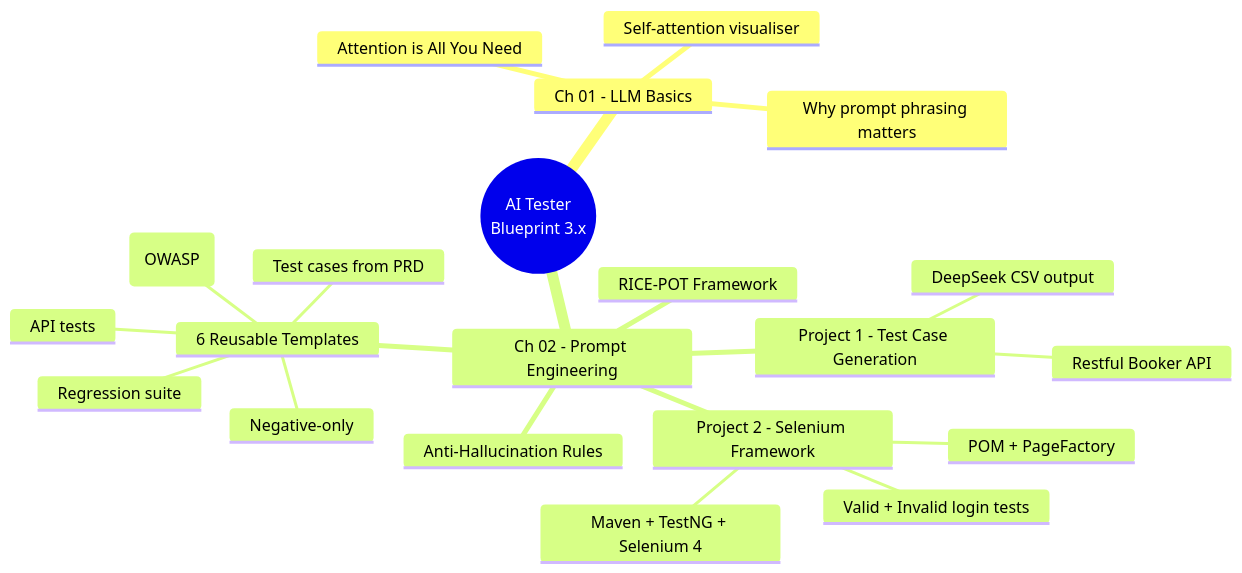
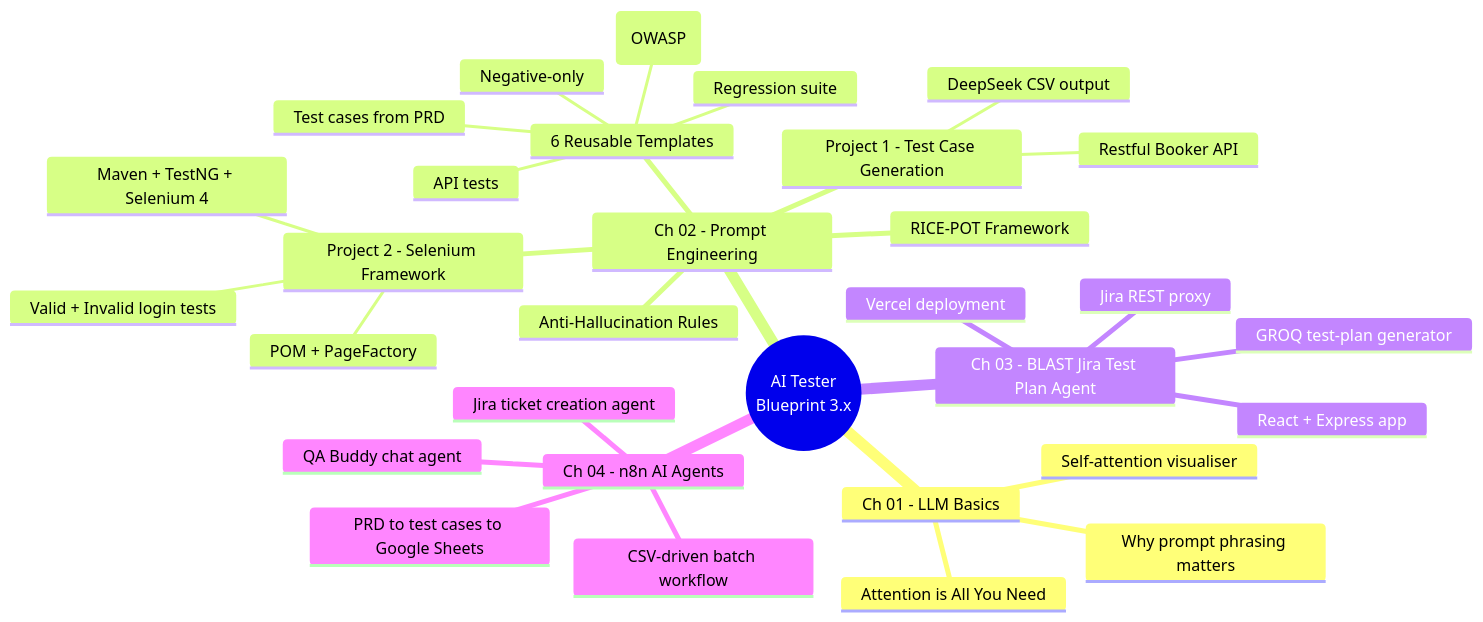
Before and after one commit to Gurpreet-it/AI-Test: the first of 4 diagrams in README.md, drawn with Mermaid. The commit also changed other lines of this file and 5 other files, not shown here.

````diff
--- a/README.md
+++ b/README.md
@@ -14,24 +14,34 @@
 ```mermaid
 mindmap
   root((AI Tester<br/>Blueprint 3.x))
     Ch 01 - LLM Basics
       Attention is All You Need
       Self-attention visualiser
       Why prompt phrasing matters
     Ch 02 - Prompt Engineering
       Anti-Hallucination Rules
       RICE-POT Framework
       Project 1 - Test Case Generation
         Restful Booker API
         DeepSeek CSV output
       Project 2 - Selenium Framework
         Maven + TestNG + Selenium 4
         POM + PageFactory
         Valid + Invalid login tests
       6 Reusable Templates
         Test cases from PRD
         API tests
         Negative-only
         Security (OWASP)
         Regression suite
+    Ch 03 - BLAST Jira Test Plan Agent
+      React + Express app
+      Jira REST proxy
+      GROQ test-plan generator
+      Vercel deployment
+    Ch 04 - n8n AI Agents
+      QA Buddy chat agent
+      Jira ticket creation agent
+      PRD to test cases to Google Sheets
+      CSV-driven batch workflow
 ```
````
